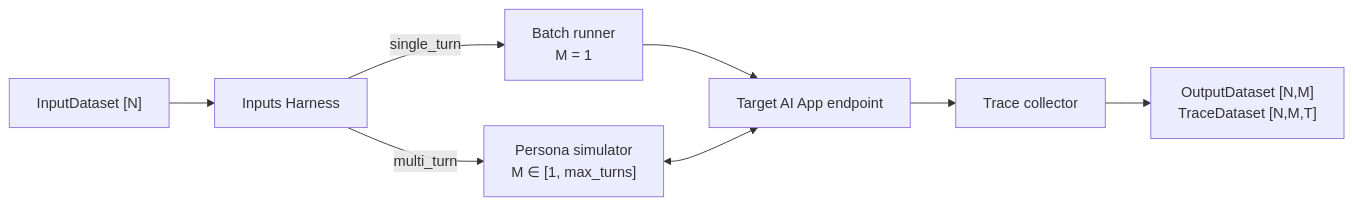
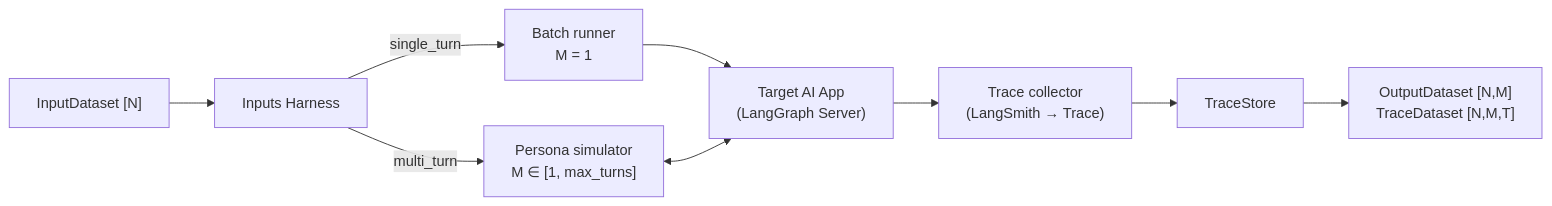
The first of 5 diagrams in docs/architecture/03-trace-harness.md (Vidhate/engine-benchmarking-system), drawn with Mermaid before and after one commit. The commit also changed other lines of this file and 3 other files, not shown here.

First line of the commit message:
docs: absorb shipped Phase 2/4/6 reality into architecture docs

````diff
--- a/docs/architecture/03-trace-harness.md
+++ b/docs/architecture/03-trace-harness.md
@@ -17,10 +23,11 @@
 ```mermaid
 flowchart LR
     DS["InputDataset [N]"] --> H["Inputs Harness"]
     H -->|"single_turn"| B["Batch runner<br/>M = 1"]
     H -->|"multi_turn"| S["Persona simulator<br/>M ∈ [1, max_turns]"]
-    B --> APP["Target AI App endpoint"]
+    B --> APP["Target AI App<br/>(LangGraph Server)"]
     S <--> APP
-    APP --> COLL["Trace collector"]
-    COLL --> OUT["OutputDataset [N,M]<br/>TraceDataset [N,M,T]"]
+    APP --> COLL["Trace collector<br/>(LangSmith → Trace)"]
+    COLL --> STORE["TraceStore"]
+    STORE --> OUT["OutputDataset [N,M]<br/>TraceDataset [N,M,T]"]
 ```
````
